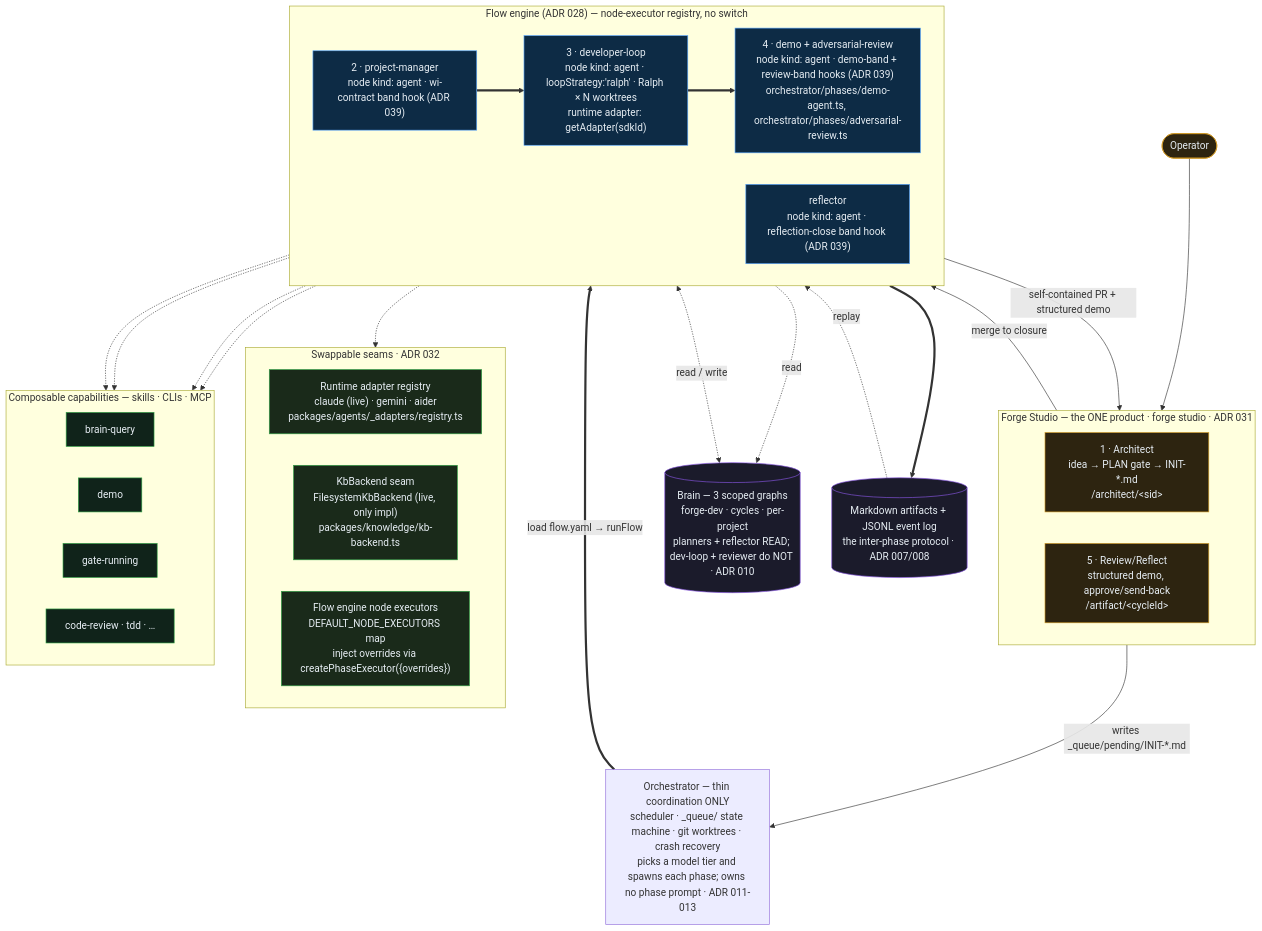
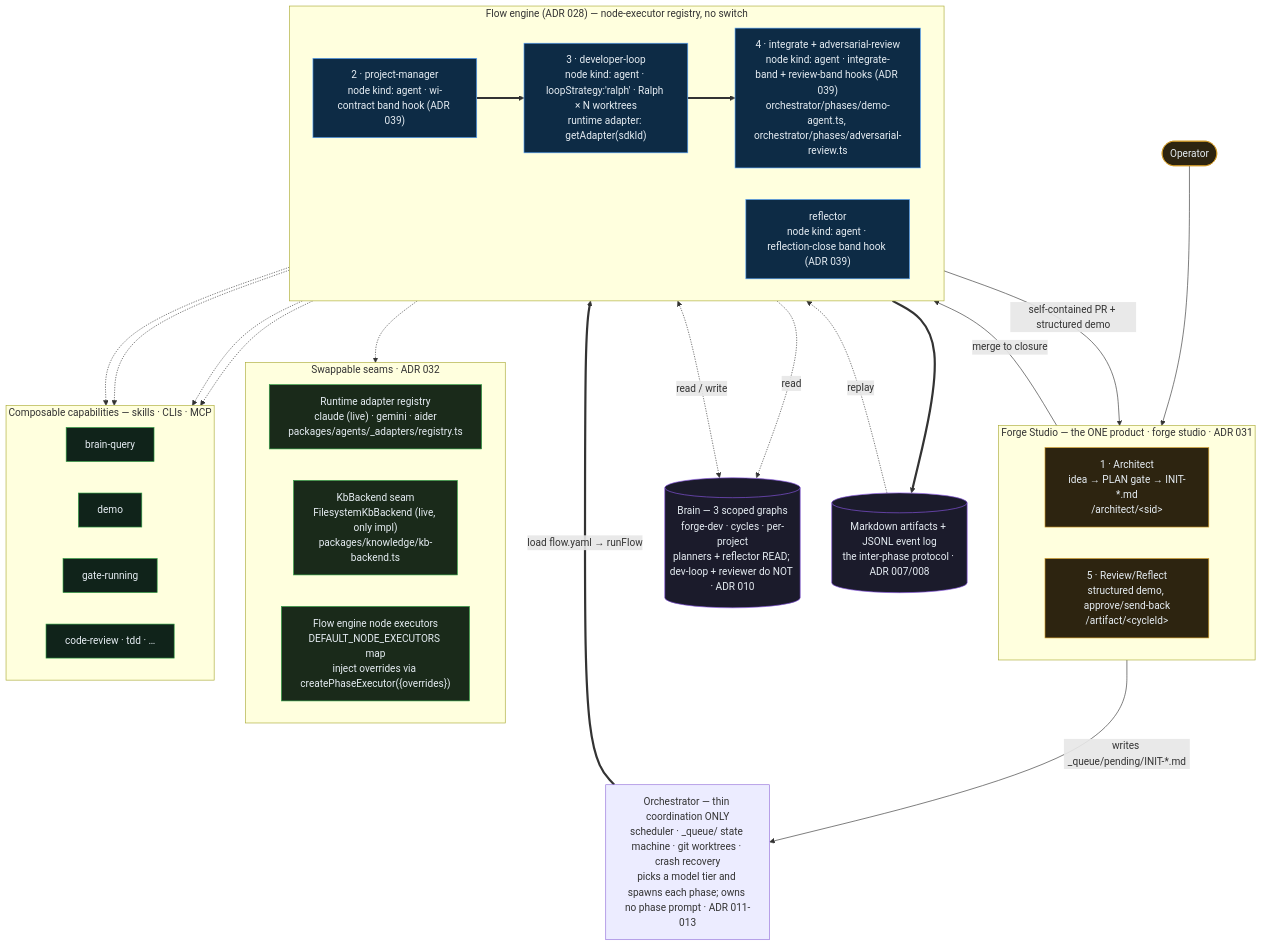
One commit to parsoFish/forge-studio changed the diagram in ARCHITECTURE.md. Above: the diagram before and after it, drawn with Mermaid. The commit also changed 79 other files, not shown here.

First line of the commit message:
fix(flows,factory,agents,contracts,studio): rename the demo station to integrate (forge-8vfn.6.10.18)

````diff
--- a/ARCHITECTURE.md
+++ b/ARCHITECTURE.md
@@ -53,65 +53,65 @@
 ```mermaid
 flowchart TB
     OP(["Operator"])
 
     subgraph STUDIO["Forge Studio — the ONE product · forge studio · ADR 031"]
         direction LR
         AR["1 · Architect<br/>idea → PLAN gate → INIT-*.md<br/>/architect/&lt;sid&gt;"]
         RV["5 · Review/Reflect<br/>structured demo, approve/send-back<br/>/artifact/&lt;cycleId&gt;"]
     end
 
     ORCH["Orchestrator — thin coordination ONLY<br/>scheduler · _queue/ state machine · git worktrees · crash recovery<br/>picks a model tier and spawns each phase; owns no phase prompt · ADR 011-013"]
 
     subgraph ENGINE["Flow engine (ADR 028) — node-executor registry, no switch"]
         direction LR
         PM["2 · project-manager<br/>node kind: agent · wi-contract band hook (ADR 039)"]
         DV["3 · developer-loop<br/>node kind: agent · loopStrategy:'ralph' · Ralph × N worktrees<br/>runtime adapter: getAdapter(sdkId)"]
-        UN["4 · demo + adversarial-review<br/>node kind: agent · demo-band + review-band hooks (ADR 039)<br/>orchestrator/phases/demo-agent.ts, orchestrator/phases/adversarial-review.ts"]
+        UN["4 · integrate + adversarial-review<br/>node kind: agent · integrate-band + review-band hooks (ADR 039)<br/>orchestrator/phases/demo-agent.ts, orchestrator/phases/adversarial-review.ts"]
         RFL["reflector<br/>node kind: agent · reflection-close band hook (ADR 039)"]
     end
 
     subgraph SEAMS["Swappable seams · ADR 032"]
         direction LR
         RA["Runtime adapter registry<br/>claude (live) · gemini · aider<br/>packages/agents/_adapters/registry.ts"]
         KB["KbBackend seam<br/>FilesystemKbBackend (live, only impl)<br/>packages/knowledge/kb-backend.ts"]
         FE["Flow engine node executors<br/>DEFAULT_NODE_EXECUTORS map<br/>inject overrides via createPhaseExecutor({overrides})"]
     end
 
     subgraph CAP["Composable capabilities — skills · CLIs · MCP"]
         direction LR
         C1["brain-query"]
         C2["demo"]
         C3["gate-running"]
         C4["code-review · tdd · …"]
     end
 
     BRAIN[("Brain — 3 scoped graphs<br/>forge-dev · cycles · per-project<br/>planners + reflector READ; dev-loop + reviewer do NOT · ADR 010")]
     LOG[("Markdown artifacts + JSONL event log<br/>the inter-phase protocol · ADR 007/008")]
 
     OP --> STUDIO
     AR -->|"writes _queue/pending/INIT-*.md"| ORCH
     ORCH ==>|"load flow.yaml → runFlow"| PM
     PM ==> DV ==> UN
     UN -->|"self-contained PR + structured demo"| RV
     RV -->|"merge to closure"| RFL
     ENGINE -.-> SEAMS
     PM -.-> CAP
     DV -.-> CAP
     UN -.-> CAP
     RFL -.-> CAP
     PM -.->|read| BRAIN
     RFL <-.->|read / write| BRAIN
     ENGINE ==> LOG
     LOG -.->|replay| RFL
 
     classDef agent fill:#0d2b45,stroke:#58a6ff,color:#e6edf3;
     classDef seam fill:#1a2a1a,stroke:#2ea043,color:#e6edf3;
     classDef cap fill:#10231a,stroke:#2ea043,color:#e6edf3;
     classDef store fill:#1b1b2b,stroke:#8957e5,color:#e6edf3;
     classDef human fill:#2d2410,stroke:#d29922,color:#e6edf3;
     class PM,DV,UN,RFL agent;
     class RA,KB,FE seam;
     class C1,C2,C3,C4 cap;
     class BRAIN,LOG store;
     class OP,AR,RV human;
 ```
````
